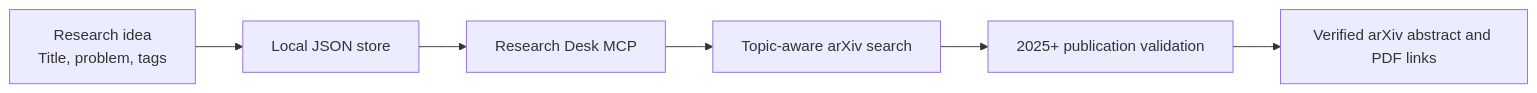
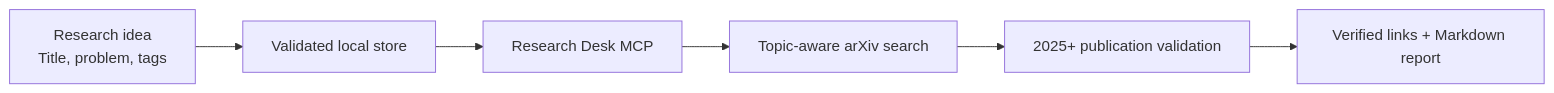
The diagram in README.md (BADARRASHEED/research_desk_mcp), drawn with Mermaid before and after one commit. The commit also changed other lines of this file and 8 other files, not shown here.

````diff
--- a/README.md
+++ b/README.md
@@ -31,8 +31,8 @@
 ```mermaid
 flowchart LR
-    A["Research idea<br/>Title, problem, tags"] --> B["Local JSON store"]
+    A["Research idea<br/>Title, problem, tags"] --> B["Validated local store"]
     B --> C["Research Desk MCP"]
     C --> D["Topic-aware arXiv search"]
     D --> E["2025+ publication validation"]
-    E --> F["Verified arXiv abstract and PDF links"]
+    E --> F["Verified links + Markdown report"]
 ```
````
